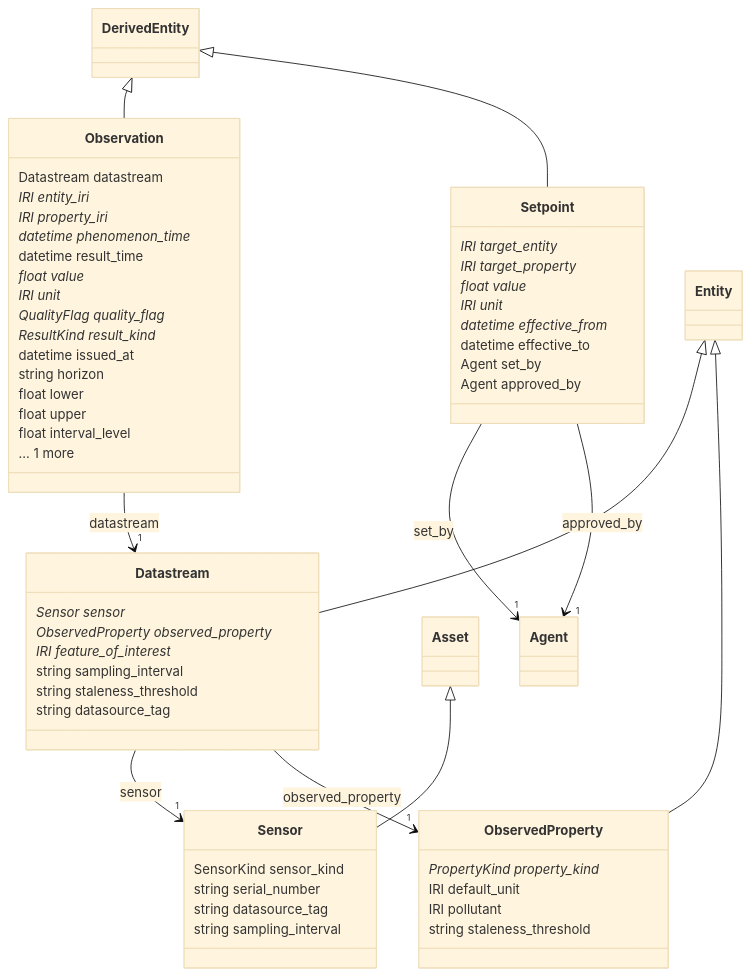
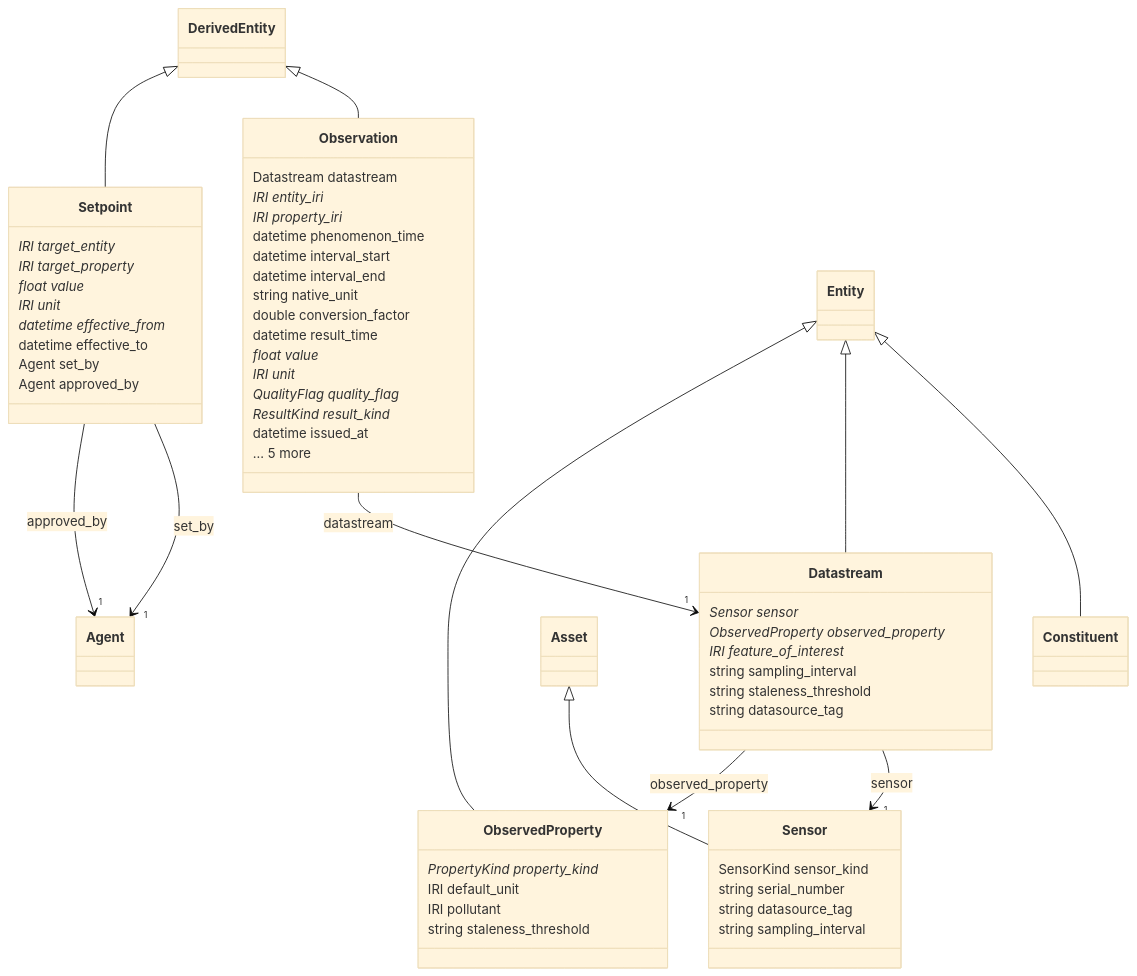
One commit to HydroCouple/water-ontology changed the diagram in docs/diagrams/observation.md. Above: the diagram before and after it, drawn with Mermaid (base theme). The commit also changed other lines of this file and 99 other files, not shown here.

````diff
--- a/docs/diagrams/observation.md
+++ b/docs/diagrams/observation.md
@@ -5,60 +5,63 @@
 ```mermaid
 classDiagram
+  class Constituent {
+  }
   class Datastream {
     Sensor sensor*
     ObservedProperty observed_property*
     IRI feature_of_interest*
     string sampling_interval
     string staleness_threshold
     string datasource_tag
   }
   class Observation {
     Datastream datastream
     IRI entity_iri*
     IRI property_iri*
-    datetime phenomenon_time*
+    datetime phenomenon_time
+    datetime interval_start
+    datetime interval_end
+    string native_unit
+    double conversion_factor
     datetime result_time
     float value*
     IRI unit*
     QualityFlag quality_flag*
     ResultKind result_kind*
     datetime issued_at
-    string horizon
-    float lower
-    float upper
-    float interval_level
-    ... 1 more
+    ... 5 more
   }
   class ObservedProperty {
     PropertyKind property_kind*
     IRI default_unit
     IRI pollutant
     string staleness_threshold
   }
   class Sensor {
     SensorKind sensor_kind
     string serial_number
     string datasource_tag
     string sampling_interval
   }
   class Setpoint {
     IRI target_entity*
     IRI target_property*
     float value*
     IRI unit*
     datetime effective_from*
     datetime effective_to
     Agent set_by
     Agent approved_by
   }
+  Entity <|-- Constituent
   Entity <|-- Datastream
   Datastream --> "1" Sensor : sensor
   Datastream --> "1" ObservedProperty : observed_property
   DerivedEntity <|-- Observation
   Observation --> "1" Datastream : datastream
   Entity <|-- ObservedProperty
   Asset <|-- Sensor
   DerivedEntity <|-- Setpoint
   Setpoint --> "1" Agent : set_by
   Setpoint --> "1" Agent : approved_by
 ```
````
